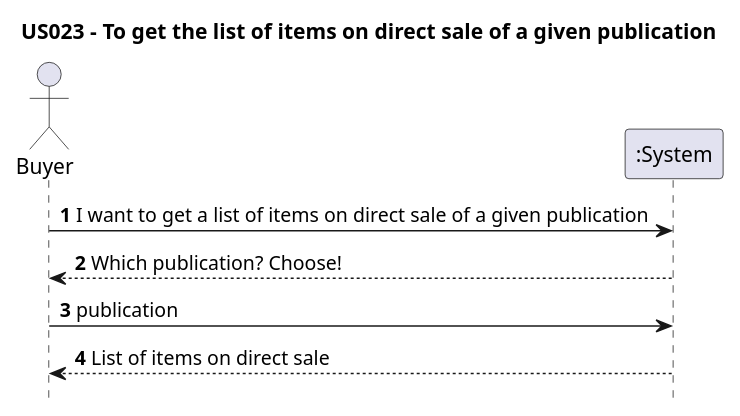
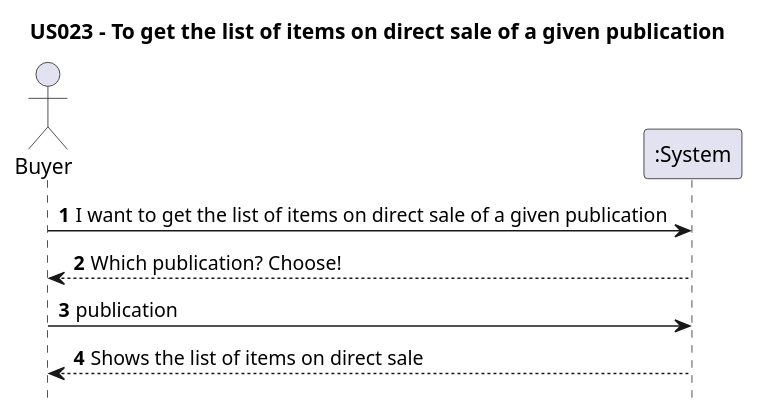
The diagram in Diagrams/SequenceDiagrams/N1/US023-to-get-the-list-of-items-on-direct-sale-of-a-given-publication.puml (AndrePereiraGitH/SWitCH-Project-Team_A), drawn with PlantUML before and after one commit. The commit also changed 6 other files, not shown here.

```diff
--- a/Diagrams/SequenceDiagrams/N1/US023-to-get-the-list-of-items-on-direct-sale-of-a-given-publication.puml
+++ b/Diagrams/SequenceDiagrams/N1/US023-to-get-the-list-of-items-on-direct-sale-of-a-given-publication.puml
@@ -1,16 +1,15 @@
 @startuml
 
 hide footbox
+autonumber
 title US023 - To get the list of items on direct sale of a given publication
 
 actor Buyer
 participant ":System" as System
 
-' Buyer -> System : **1** getListOfItems(typeOfSale, publication)
-Buyer -> System : **1** I want to get a list of items on direct sale of a given publication
-Buyer <-- System : **2** Which publication? Choose!
-Buyer -> System : **3** publication
-
-System --> Buyer : **4** List of items on direct sale
+Buyer -> System : I want to get the list of items on direct sale of a given publication
+Buyer <-- System : Which publication? Choose!
+Buyer -> System : publication
+System --> Buyer : Shows the list of items on direct sale
 
 @enduml
```
